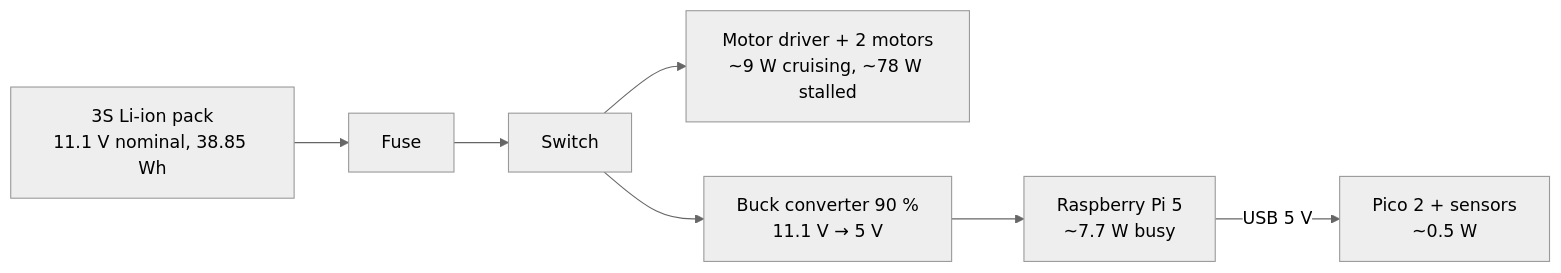
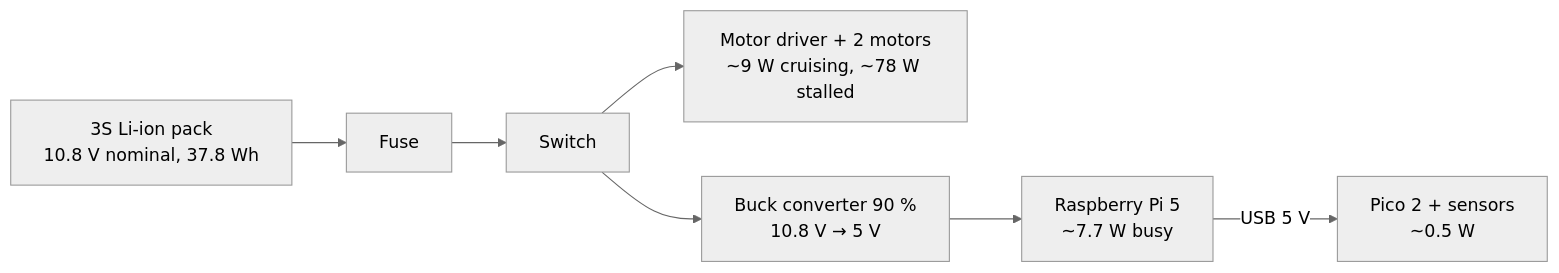
One commit to tal-giladi/robotics-course changed the diagram in optional-foundations/electronics/FE.01-voltage-current-resistance-power.md. Above: the diagram before and after it, drawn with Mermaid (neutral theme). The commit also changed other lines of this file and 55 other files, not shown here.

````diff
--- a/optional-foundations/electronics/FE.01-voltage-current-resistance-power.md
+++ b/optional-foundations/electronics/FE.01-voltage-current-resistance-power.md
@@ -198,8 +198,8 @@
 ```mermaid
 flowchart LR
-    B["3S Li-ion pack<br/>11.1 V nominal, 38.85 Wh"] --> F["Fuse"] --> S["Switch"]
+    B["3S Li-ion pack<br/>10.8 V nominal, 37.8 Wh"] --> F["Fuse"] --> S["Switch"]
     S --> M["Motor driver + 2 motors<br/>~9 W cruising, ~78 W stalled"]
-    S --> K["Buck converter 90 %<br/>11.1 V → 5 V"]
+    S --> K["Buck converter 90 %<br/>10.8 V → 5 V"]
     K --> P["Raspberry Pi 5<br/>~7.7 W busy"]
     P -->|"USB 5 V"| C["Pico 2 + sensors<br/>~0.5 W"]
 ```
````
